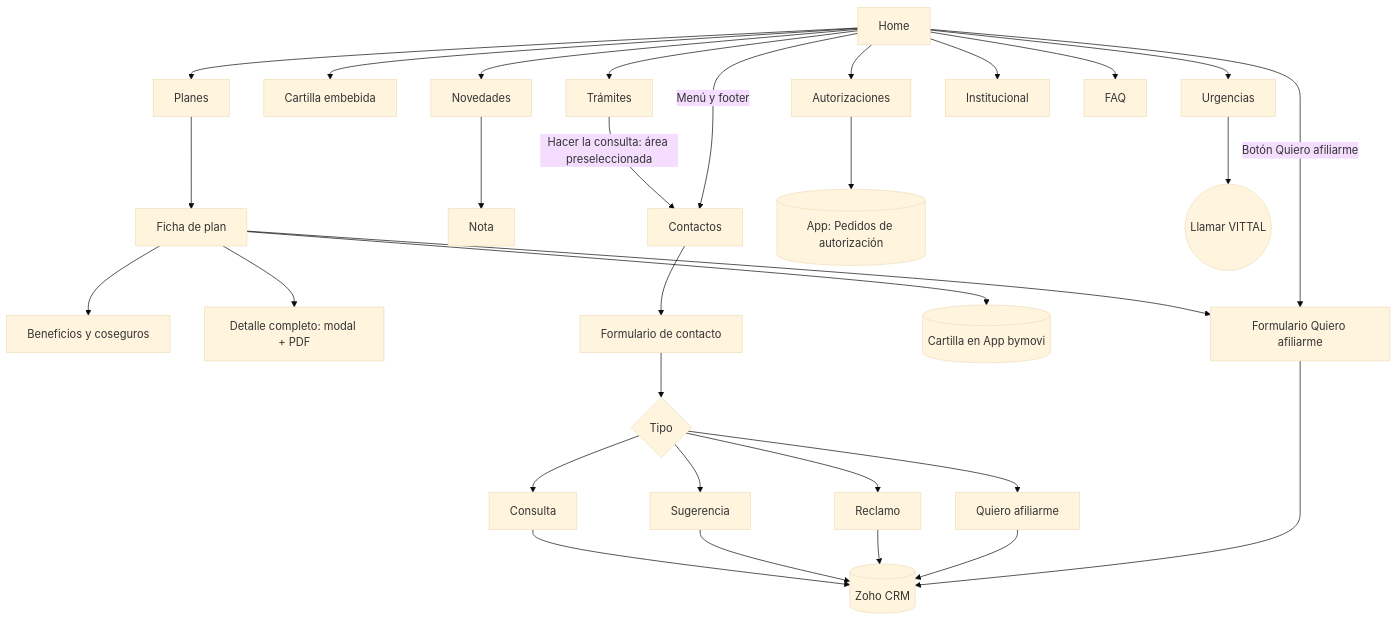
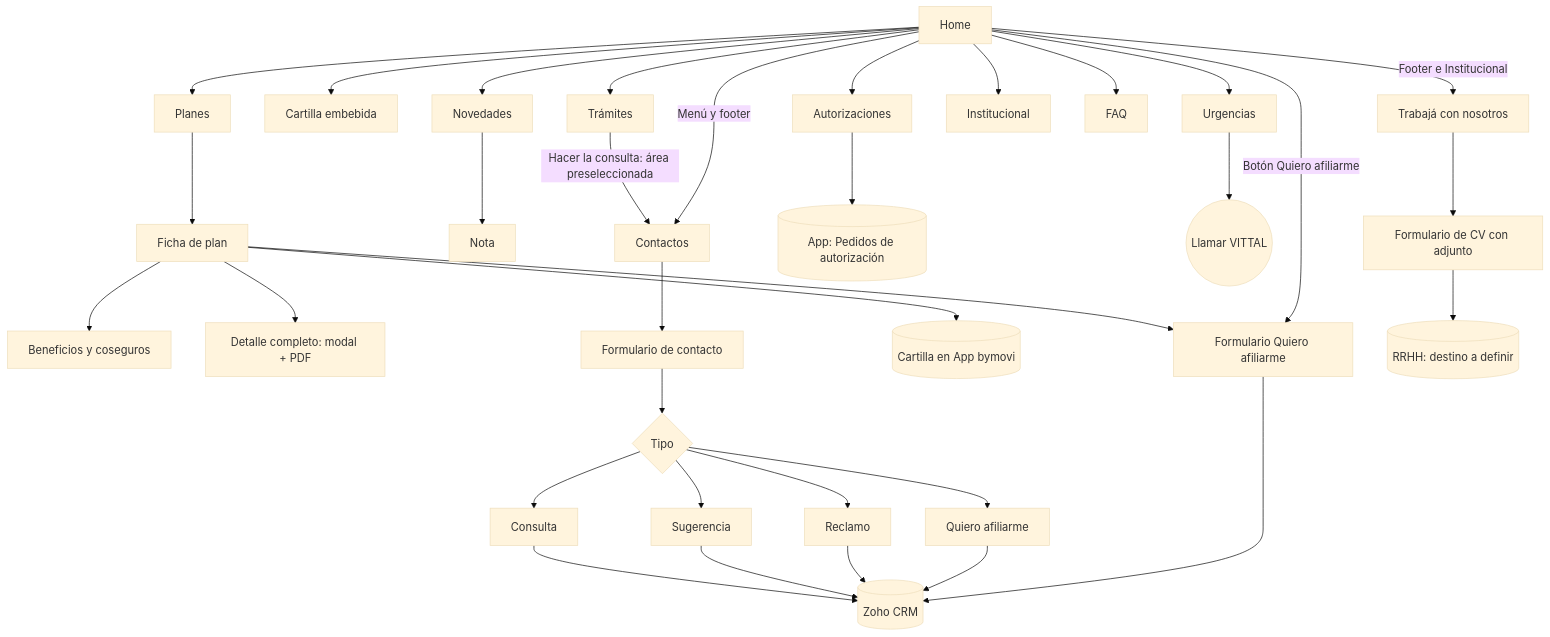
One commit to eneue2020/web changed the diagram in MAPA-DEL-SITIO.md. Above: the diagram before and after it, drawn with Mermaid (base theme). The commit also changed other lines of this file and 10 other files, not shown here.

First line of the commit message:
Trabajá con nosotros: "¿Querés formar parte de nuestro equipo? Envianos tu CV"

````diff
--- a/MAPA-DEL-SITIO.md
+++ b/MAPA-DEL-SITIO.md
@@ -57,29 +59,32 @@
 ```mermaid
 flowchart TD
     H[Home] --> P[Planes]
     P --> P1[Ficha de plan]
     P1 --> B[Beneficios y coseguros]
     P1 --> D[Detalle completo: modal + PDF]
     P1 --> A[Formulario Quiero afiliarme]
     P1 --> C[(Cartilla en App bymovi)]
     H --> CA[Cartilla embebida]
     H --> N[Novedades] --> N1[Nota]
     H --> T[Trámites] -->|Hacer la consulta: área preseleccionada| CO
     H --> AU[Autorizaciones] --> APP[(App: Pedidos de autorización)]
     H --> U[Urgencias] --> TEL((Llamar VITTAL))
     H --> I[Institucional]
     H --> F[FAQ]
     H -->|Menú y footer| CO[Contactos]
     H -->|Botón Quiero afiliarme| A
     CO --> FC[Formulario de contacto]
     FC --> TIPO{Tipo}
     TIPO --> T1[Consulta]
     TIPO --> T2[Sugerencia]
     TIPO --> T3[Reclamo]
     TIPO --> T4[Quiero afiliarme]
     T1 --> Z[(Zoho CRM)]
     T2 --> Z
     T3 --> Z
     T4 --> Z
     A --> Z
+    H -->|Footer e Institucional| TR[Trabajá con nosotros]
+    TR --> CV[Formulario de CV con adjunto]
+    CV --> RH[(RRHH: destino a definir)]
 ```
````
